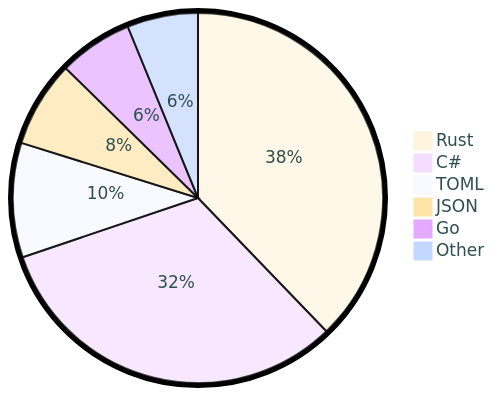
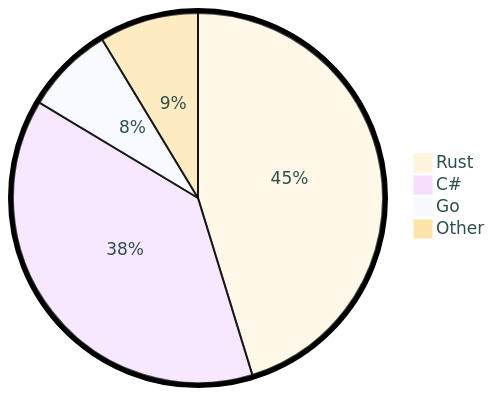
The diagram in README.md (tot0p/tot0p), drawn with Mermaid before and after one commit. The commit also changed other lines of this file, not shown here.

````diff
--- a/README.md
+++ b/README.md
@@ -79,10 +79,8 @@
 ```mermaid
 %%{init: {"pie": {"textPosition": 0.5}, "themeVariables": {"pieOuterStrokeWidth": "5px","primaryTextColor" : "#2F4F4F"},"theme":"base"} }%%
 pie
-	"Rust": 37.8
-	"C#": 32.02
-	"TOML": 10.0
-	"JSON": 7.54
-	"Go": 6.46
-	"Other": 6.1899999999999995
+	"Rust": 45.25
+	"C#": 38.35
+	"Go": 7.73
+	"Other": 8.65
 ```
````
